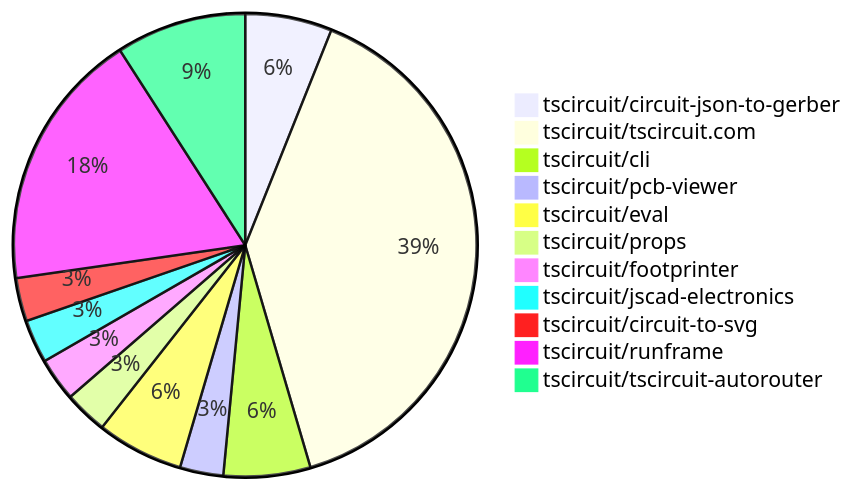
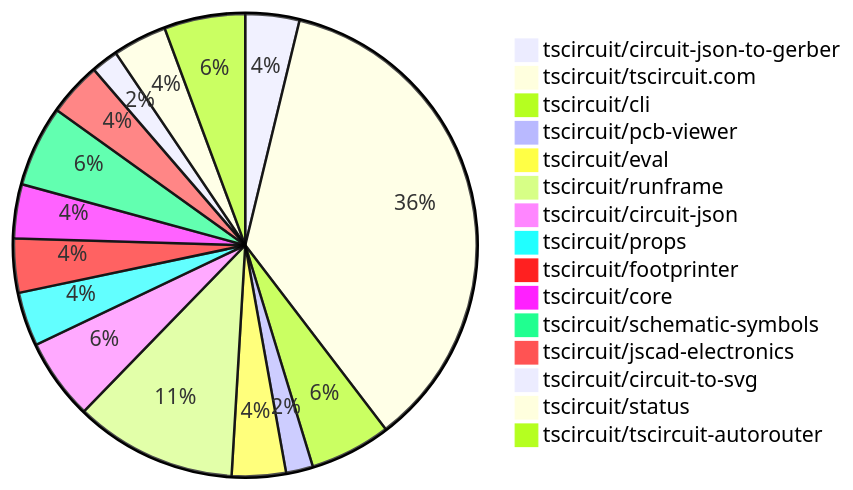
The diagram in README.md (tscircuit/contribution-tracker), drawn with Mermaid before and after one commit. The commit also changed other lines of this file and 3 other files, not shown here.

````diff
--- a/README.md
+++ b/README.md
@@ -24,14 +24,18 @@
 ```mermaid
 pie
     "tscircuit/circuit-json-to-gerber" : 2
-    "tscircuit/tscircuit.com" : 13
-    "tscircuit/cli" : 2
+    "tscircuit/tscircuit.com" : 19
+    "tscircuit/cli" : 3
     "tscircuit/pcb-viewer" : 1
     "tscircuit/eval" : 2
-    "tscircuit/props" : 1
-    "tscircuit/footprinter" : 1
-    "tscircuit/jscad-electronics" : 1
+    "tscircuit/runframe" : 6
+    "tscircuit/circuit-json" : 3
+    "tscircuit/props" : 2
+    "tscircuit/footprinter" : 2
+    "tscircuit/core" : 2
+    "tscircuit/schematic-symbols" : 3
+    "tscircuit/jscad-electronics" : 2
     "tscircuit/circuit-to-svg" : 1
-    "tscircuit/runframe" : 6
+    "tscircuit/status" : 2
     "tscircuit/tscircuit-autorouter" : 3
 ```
````
